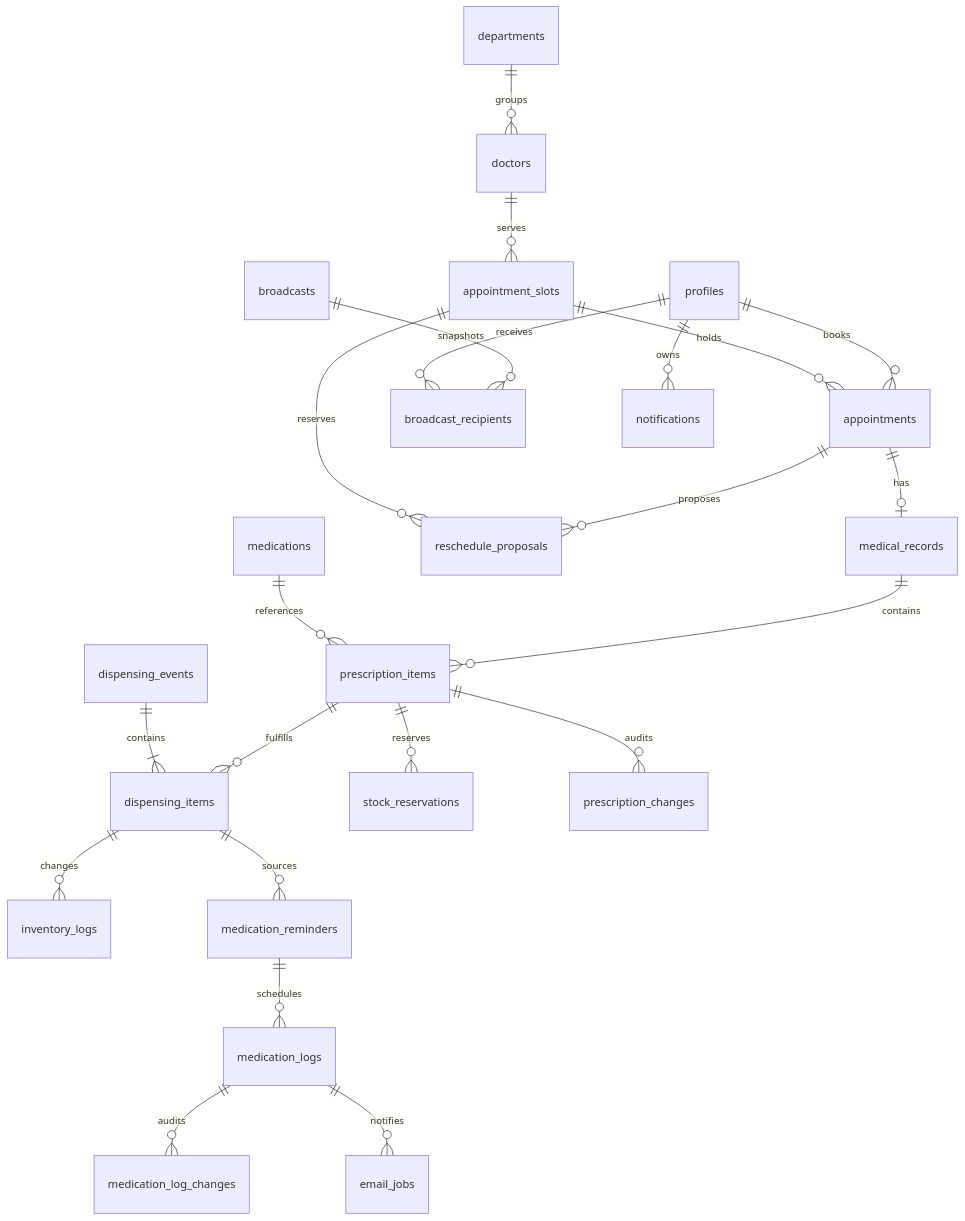
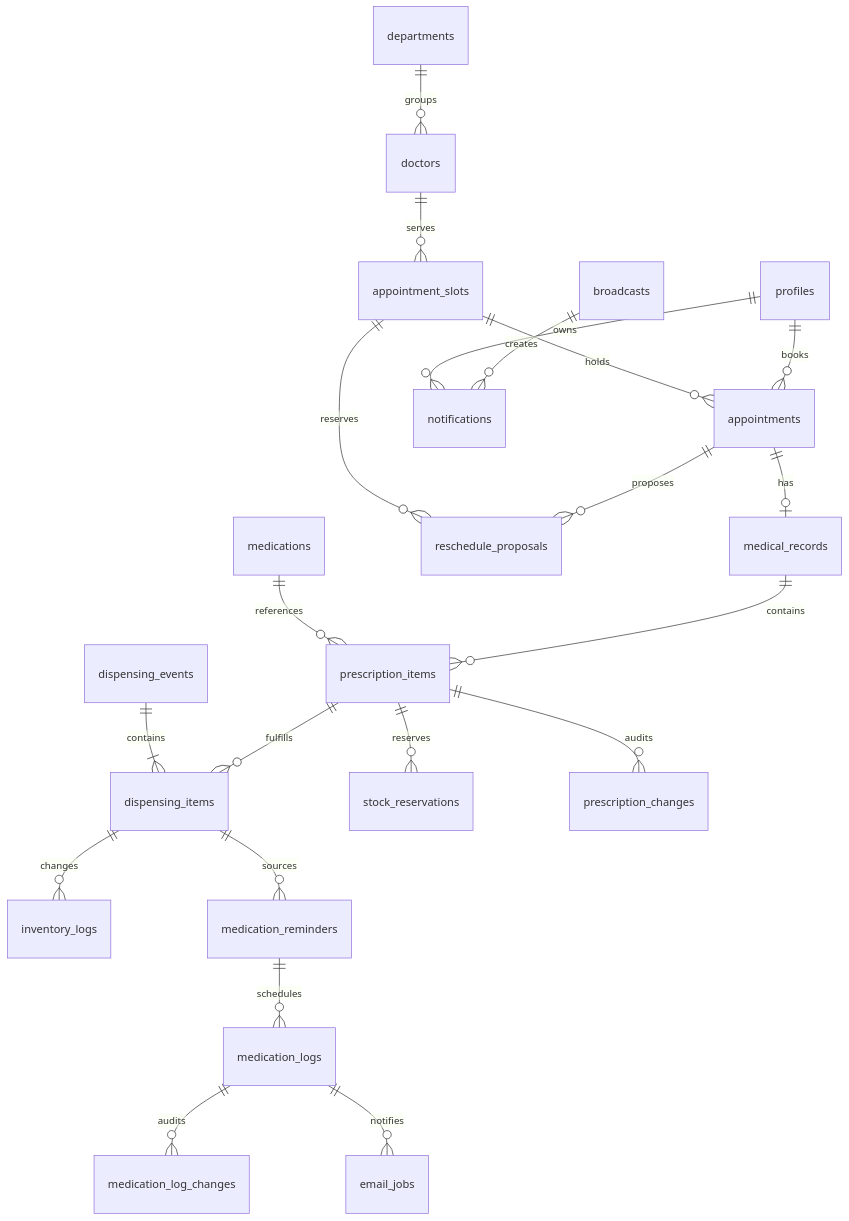
Before and after one commit to Supot77/UniClinic-App: the diagram in docs/03_database_design_and_er.md, drawn with Mermaid. The commit also changed other lines of this file and 3 other files, not shown here.

Commit message:
feat(db): consolidate broadcast recipients into notifications (20 tables)

````diff
--- a/docs/03_database_design_and_er.md
+++ b/docs/03_database_design_and_er.md
@@ -29,24 +29,23 @@
 ```mermaid
 erDiagram
     profiles ||--o{ appointments : books
     doctors ||--o{ appointment_slots : serves
     departments ||--o{ doctors : groups
     appointment_slots ||--o{ appointments : holds
     appointments ||--o| medical_records : has
     appointments ||--o{ reschedule_proposals : proposes
     appointment_slots ||--o{ reschedule_proposals : reserves
     medical_records ||--o{ prescription_items : contains
     medications ||--o{ prescription_items : references
     prescription_items ||--o{ dispensing_items : fulfills
     dispensing_events ||--|{ dispensing_items : contains
     prescription_items ||--o{ stock_reservations : reserves
     prescription_items ||--o{ prescription_changes : audits
     dispensing_items ||--o{ inventory_logs : changes
     dispensing_items ||--o{ medication_reminders : sources
     medication_reminders ||--o{ medication_logs : schedules
     medication_logs ||--o{ medication_log_changes : audits
     medication_logs ||--o{ email_jobs : notifies
-    broadcasts ||--o{ broadcast_recipients : snapshots
-    profiles ||--o{ broadcast_recipients : receives
+    broadcasts ||--o{ notifications : creates
     profiles ||--o{ notifications : owns
 ```
````
